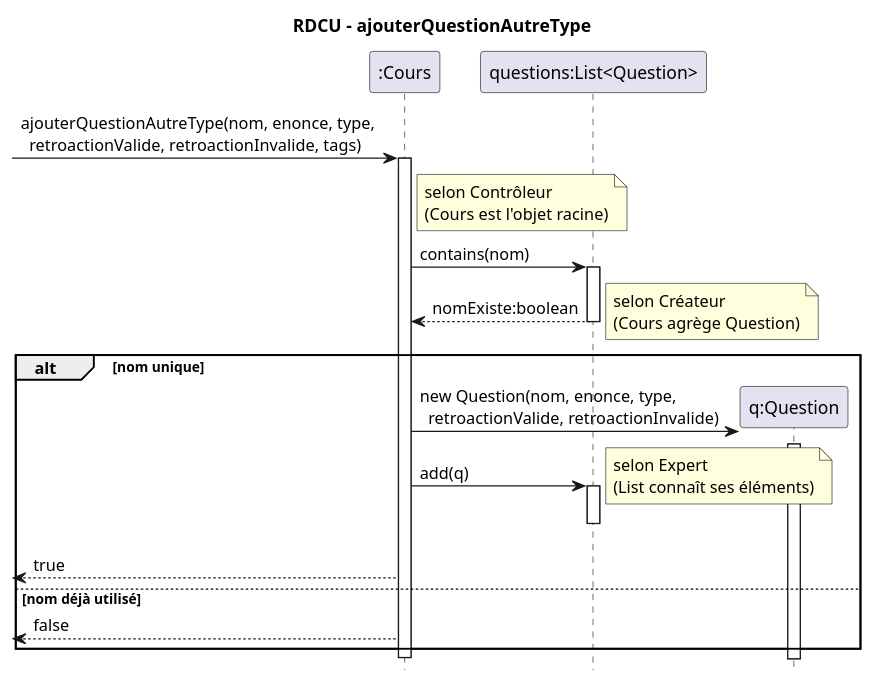
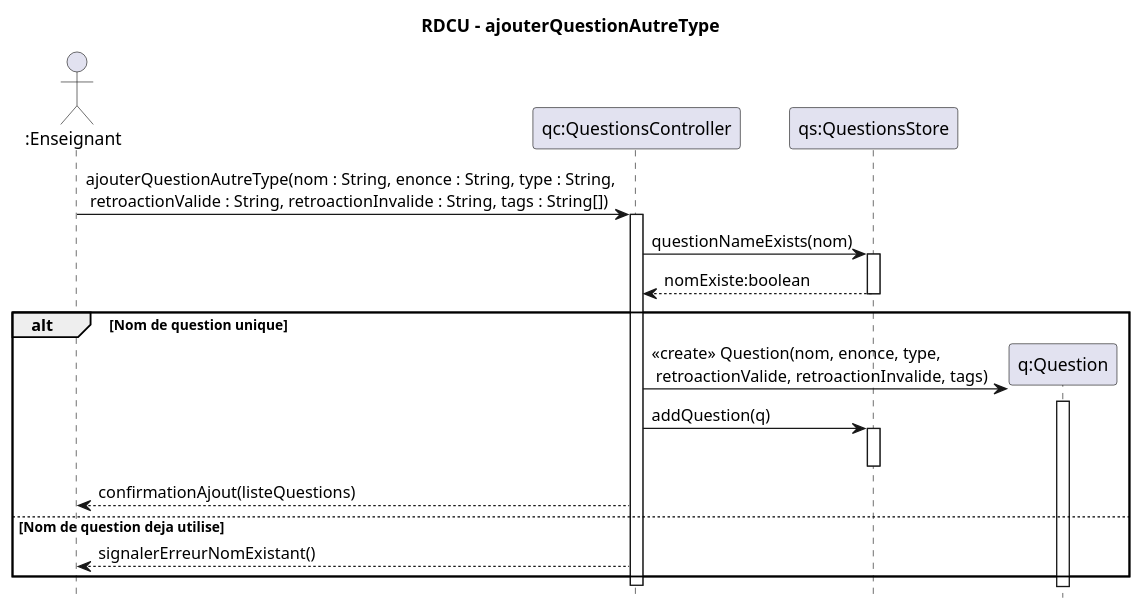
Before and after one commit to xMrYahya/moodle-clone: the diagram in docs/modeles/cu02/rdcu-ajouter-question-autre-type.puml, drawn with PlantUML. The commit also changed 2 other files, not shown here.

Commit message:
Correction des diagrammes

```diff
--- a/docs/modeles/cu02/rdcu-ajouter-question-autre-type.puml
+++ b/docs/modeles/cu02/rdcu-ajouter-question-autre-type.puml
@@ -1,53 +1,34 @@
 @startuml
 hide footbox
 title RDCU - ajouterQuestionAutreType
 
-participant ":Cours" as C
-participant "questions:List<Question>" as LQ
+actor ":Enseignant" as e
+participant "qc:QuestionsController" as QC
+participant "qs:QuestionsStore" as QS
 participant "q:Question" as Q
 
--> C : ajouterQuestionAutreType(nom, enonce, type,\n  retroactionValide, retroactionInvalide, tags)
-activate C
+e -> QC : ajouterQuestionAutreType(nom : String, enonce : String, type : String,\n retroactionValide : String, retroactionInvalide : String, tags : String[])
+activate QC
 
-note right of C
-  selon Contrôleur
-  (Cours est l'objet racine)
-end note
+QC -> QS : questionNameExists(nom)
+activate QS
+QS --> QC : nomExiste:boolean
+deactivate QS
 
-C -> LQ : contains(nom)
-activate LQ
-LQ --> C : nomExiste:boolean
-deactivate LQ
-
-alt nom unique
-  
-  note right
-    selon Créateur
-    (Cours agrège Question)
-  end note
-  
+alt Nom de question unique
   create Q
-  C -> Q : new Question(nom, enonce, type,\n  retroactionValide, retroactionInvalide)
+  QC -> Q : <<create>> Question(nom, enonce, type,\n retroactionValide, retroactionInvalide, tags)
   activate Q
   deactivate Q
-  
-  C -> LQ : add(q)
-  activate LQ
-  deactivate LQ
-  note right
-    selon Expert
-    (List connaît ses éléments)
-  end note
-  
-    <-- C: true
-else nom déjà utilisé
-  
-   <-- C: false
-  
+
+  QC -> QS : addQuestion(q)
+  activate QS
+  deactivate QS
+
+  QC --> e : confirmationAjout(listeQuestions)
+else Nom de question deja utilise
+  QC --> e : signalerErreurNomExistant()
 end
 
-deactivate C
-
-
-
+deactivate QC
 @enduml
```
